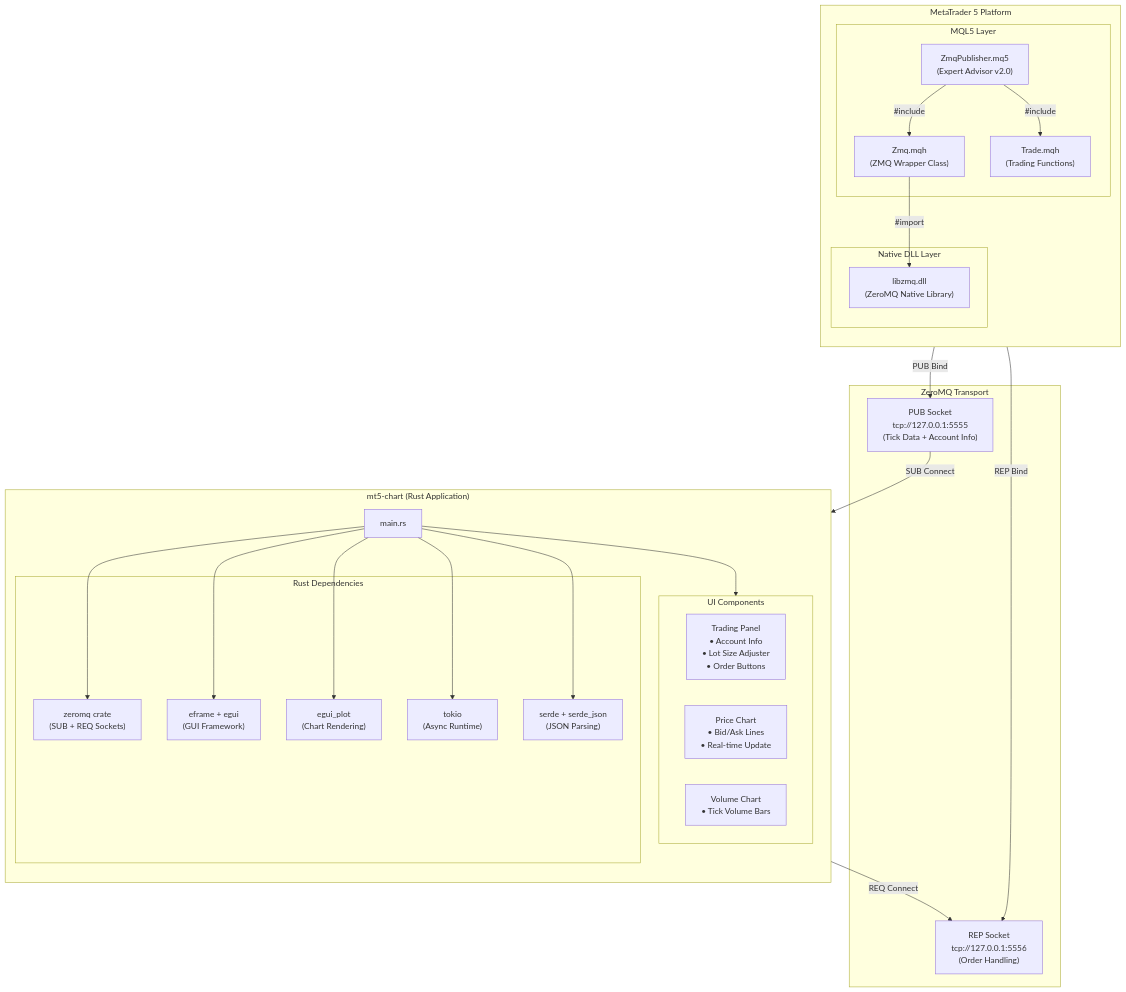
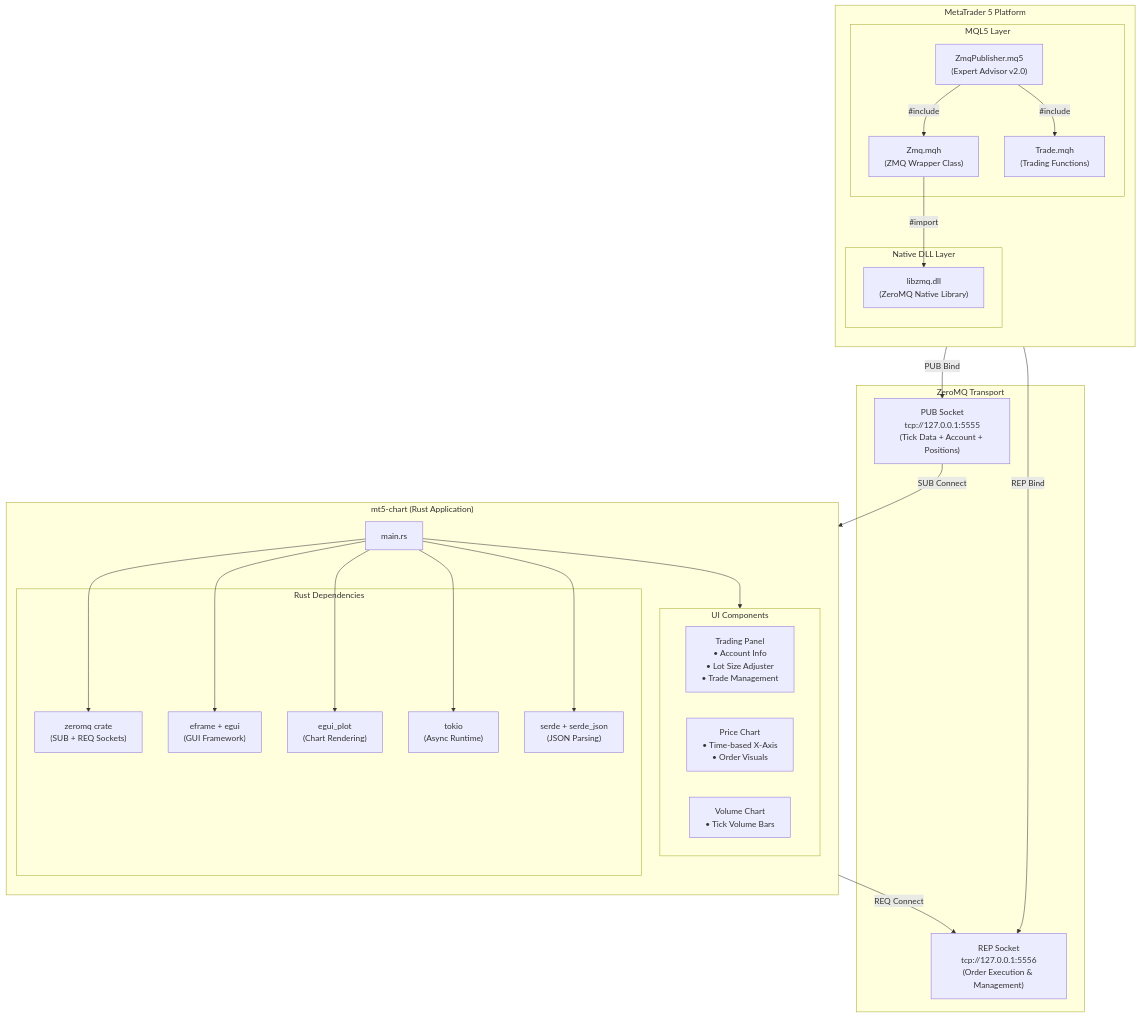
Before and after one commit to algorembrant/SUM3API: the first of 3 diagrams in updated-trading-architecture.md, drawn with Mermaid. The commit also changed other lines of this file and 5 other files, not shown here.

````diff
--- a/updated-trading-architecture.md
+++ b/updated-trading-architecture.md
@@ -7,55 +7,55 @@
 ```mermaid
 flowchart TB
     subgraph MT5["MetaTrader 5 Platform"]
         direction TB
         subgraph MQL5Layer["MQL5 Layer"]
             EA["ZmqPublisher.mq5<br/>(Expert Advisor v2.0)"]
             Header["Zmq.mqh<br/>(ZMQ Wrapper Class)"]
             Trade["Trade.mqh<br/>(Trading Functions)"]
         end
         
         subgraph DLLLayer["Native DLL Layer"]
             LibZmq["libzmq.dll<br/>(ZeroMQ Native Library)"]
         end
         
         EA -->|"#include"| Header
         EA -->|"#include"| Trade
         Header -->|"#import"| LibZmq
     end
 
     subgraph RustApp["mt5-chart (Rust Application)"]
         direction TB
         Main["main.rs"]
         
         subgraph UIComponents["UI Components"]
-            TradingPanel["Trading Panel<br/>• Account Info<br/>• Lot Size Adjuster<br/>• Order Buttons"]
-            PriceChart["Price Chart<br/>• Bid/Ask Lines<br/>• Real-time Update"]
+            TradingPanel["Trading Panel<br/>• Account Info<br/>• Lot Size Adjuster<br/>• Trade Management"]
+            PriceChart["Price Chart<br/>• Time-based X-Axis<br/>• Order Visuals"]
             VolumeChart["Volume Chart<br/>• Tick Volume Bars"]
         end
         
         subgraph Crates["Rust Dependencies"]
             ZmqRust["zeromq crate<br/>(SUB + REQ Sockets)"]
             Eframe["eframe + egui<br/>(GUI Framework)"]
             EguiPlot["egui_plot<br/>(Chart Rendering)"]
             Tokio["tokio<br/>(Async Runtime)"]
             Serde["serde + serde_json<br/>(JSON Parsing)"]
         end
         
         Main --> UIComponents
         Main --> ZmqRust
         Main --> Eframe
         Main --> EguiPlot
         Main --> Tokio
         Main --> Serde
     end
 
     subgraph Network["ZeroMQ Transport"]
-        PUBSocket["PUB Socket<br/>tcp://127.0.0.1:5555<br/>(Tick Data + Account Info)"]
-        REPSocket["REP Socket<br/>tcp://127.0.0.1:5556<br/>(Order Handling)"]
+        PUBSocket["PUB Socket<br/>tcp://127.0.0.1:5555<br/>(Tick Data + Account + Positions)"]
+        REPSocket["REP Socket<br/>tcp://127.0.0.1:5556<br/>(Order Execution & Management)"]
     end
 
     LibZmq -->|"PUB Bind"| PUBSocket
     LibZmq -->|"REP Bind"| REPSocket
     PUBSocket -->|"SUB Connect"| ZmqRust
     ZmqRust -->|"REQ Connect"| REPSocket
 ```
````
